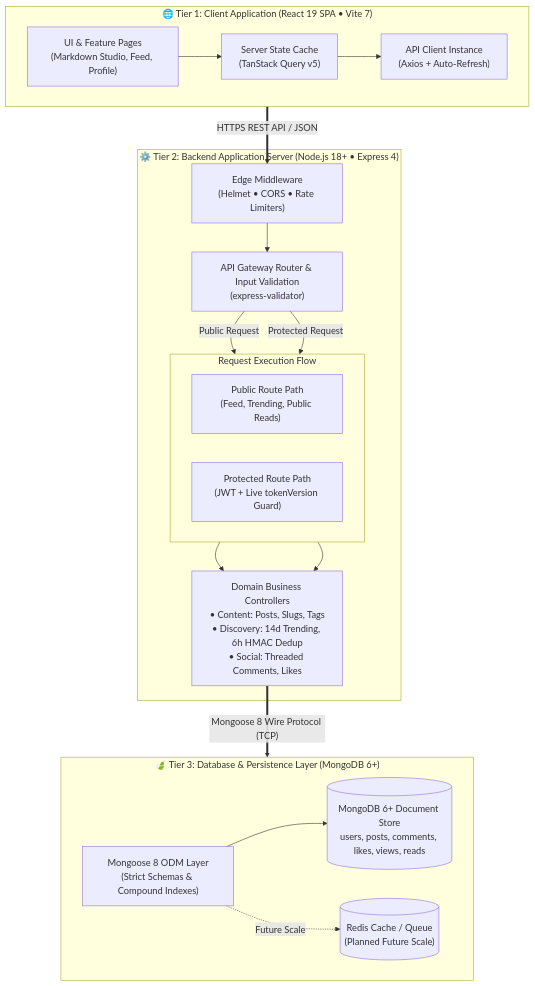
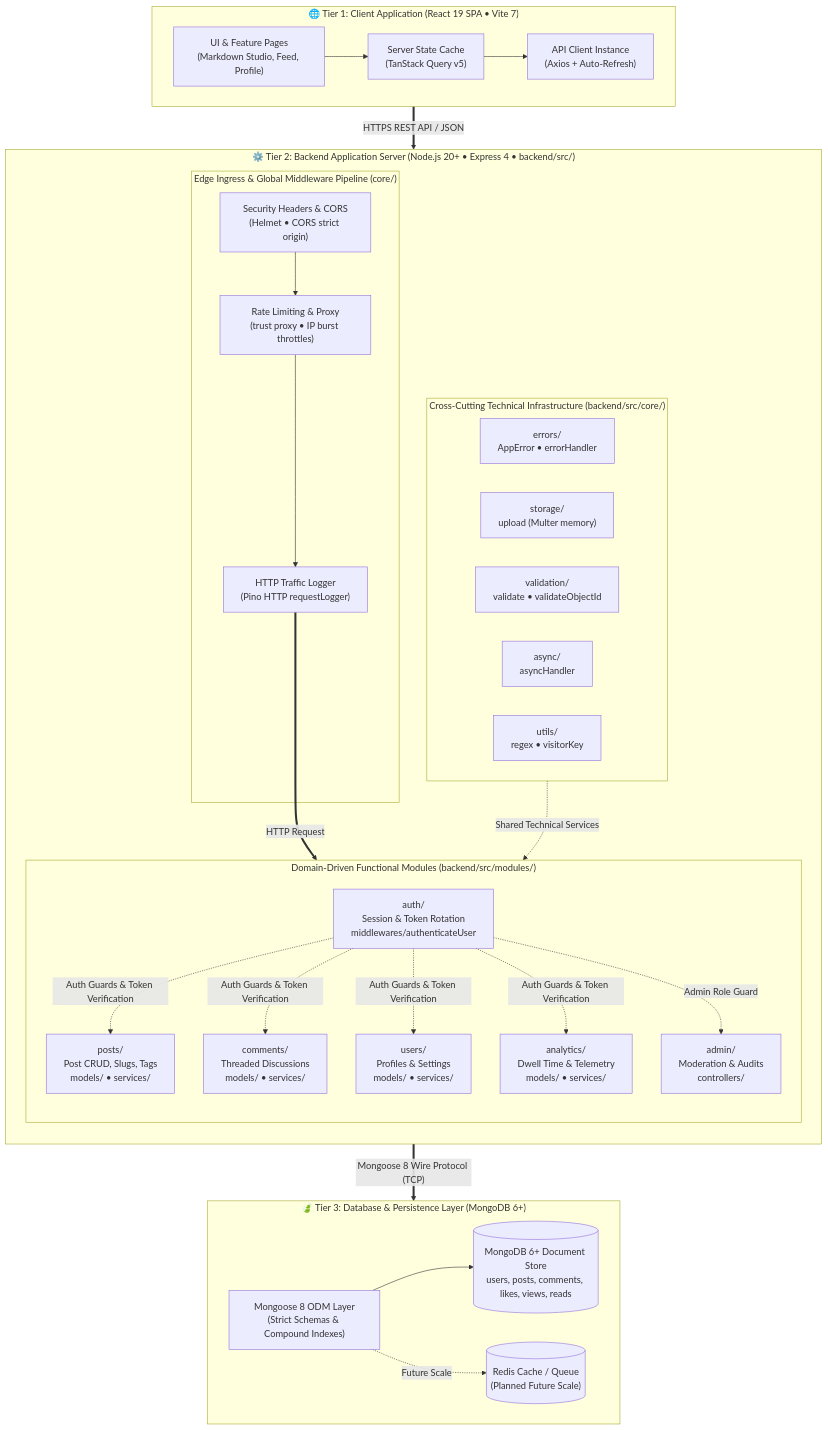
Before and after one commit to Purvesh-PJ/bloghub: the first of 4 diagrams in ARCHITECTURE.md, drawn with Mermaid. The commit also changed other lines of this file, not shown here.

Commit message:
docs: update Tier 2 architecture diagram to reflect modular backend and core infrastructure (#35)

````diff
--- a/ARCHITECTURE.md
+++ b/ARCHITECTURE.md
@@ -31,54 +31,74 @@
 ```mermaid
 flowchart TD
     %% ===================================================
     %% TIER 1: CLIENT TIER (React 19 SPA)
     %% ===================================================
     subgraph Tier1["🌐 Tier 1: Client Application (React 19 SPA • Vite 7)"]
         direction LR
         UI["UI & Feature Pages<br/>(Markdown Studio, Feed, Profile)"]
         Cache["Server State Cache<br/>(TanStack Query v5)"]
         Http["API Client Instance<br/>(Axios + Auto-Refresh)"]
         UI --> Cache --> Http
     end
 
     %% Network Transport Boundary
     Http ==>|"HTTPS REST API / JSON"| Ingress
 
     %% ===================================================
     %% TIER 2: SERVER APPLICATION TIER (Express 4)
     %% ===================================================
-    subgraph Tier2["⚙️ Tier 2: Backend Application Server (Node.js 18+ • Express 4)"]
-        Ingress["Edge Middleware<br/>(Helmet • CORS • Rate Limiters)"]
-        Router["API Gateway Router & Input Validation<br/>(express-validator)"]
+    subgraph Tier2["⚙️ Tier 2: Backend Application Server (Node.js 20+ • Express 4 • backend/src/)"]
+        direction TB
 
-        subgraph Pipeline["Request Execution Flow"]
-            direction LR
-            PublicPath["Public Route Path<br/>(Feed, Trending, Public Reads)"]
-            AuthGuard["Protected Route Path<br/>(JWT + Live tokenVersion Guard)"]
+        subgraph IngressLayer["Edge Ingress & Global Middleware Pipeline (core/)"]
+            Ingress["Security Headers & CORS<br/>(Helmet • CORS strict origin)"]
+            RateLimit["Rate Limiting & Proxy<br/>(trust proxy • IP burst throttles)"]
+            Logging["HTTP Traffic Logger<br/>(Pino HTTP requestLogger)"]
+            Ingress --> RateLimit --> Logging
         end
 
-        Controllers["Domain Business Controllers<br/>• Content: Posts, Slugs, Tags<br/>• Discovery: 14d Trending, 6h HMAC Dedup<br/>• Social: Threaded Comments, Likes"]
+        subgraph CoreInfra["Cross-Cutting Technical Infrastructure (backend/src/core/)"]
+            direction LR
+            Errors["errors/<br/>AppError • errorHandler"]
+            Storage["storage/<br/>upload (Multer memory)"]
+            Validation["validation/<br/>validate • validateObjectId"]
+            Async["async/<br/>asyncHandler"]
+            Utils["utils/<br/>regex • visitorKey"]
+        end
 
-        Ingress --> Router
-        Router -->|"Public Request"| PublicPath
-        Router -->|"Protected Request"| AuthGuard
-        PublicPath --> Controllers
-        AuthGuard --> Controllers
+        subgraph ModulesLayer["Domain-Driven Functional Modules (backend/src/modules/)"]
+            direction TB
+            AuthMod["auth/<br/>Session & Token Rotation<br/>middlewares/authenticateUser"]
+            PostMod["posts/<br/>Post CRUD, Slugs, Tags<br/>models/ • services/"]
+            CommentMod["comments/<br/>Threaded Discussions<br/>models/ • services/"]
+            UserMod["users/<br/>Profiles & Settings<br/>models/ • services/"]
+            AnalyticsMod["analytics/<br/>Dwell Time & Telemetry<br/>models/ • services/"]
+            AdminMod["admin/<br/>Moderation & Audits<br/>controllers/"]
+        end
+
+        Logging ==>|"HTTP Request"| AuthMod
+        AuthMod -.->|"Auth Guards & Token Verification"| PostMod
+        AuthMod -.->|"Auth Guards & Token Verification"| CommentMod
+        AuthMod -.->|"Auth Guards & Token Verification"| UserMod
+        AuthMod -.->|"Auth Guards & Token Verification"| AnalyticsMod
+        AuthMod -.->|"Admin Role Guard"| AdminMod
+
+        CoreInfra -.->|"Shared Technical Services"| ModulesLayer
     end
 
     %% Database Transport Boundary
-    Controllers ==>|"Mongoose 8 Wire Protocol (TCP)"| ODM
+    ModulesLayer ==>|"Mongoose 8 Wire Protocol (TCP)"| ODM
 
     %% ===================================================
     %% TIER 3: DATABASE TIER (MongoDB 6+)
     %% ===================================================
     subgraph Tier3["🍃 Tier 3: Database & Persistence Layer (MongoDB 6+)"]
         direction LR
         ODM["Mongoose 8 ODM Layer<br/>(Strict Schemas & Compound Indexes)"]
         DB[("MongoDB 6+ Document Store<br/>users, posts, comments, likes, views, reads")]
         Redis[("Redis Cache / Queue<br/>(Planned Future Scale)")]
 
         ODM --> DB
         ODM -.->|"Future Scale"| Redis
     end
 ```
````
